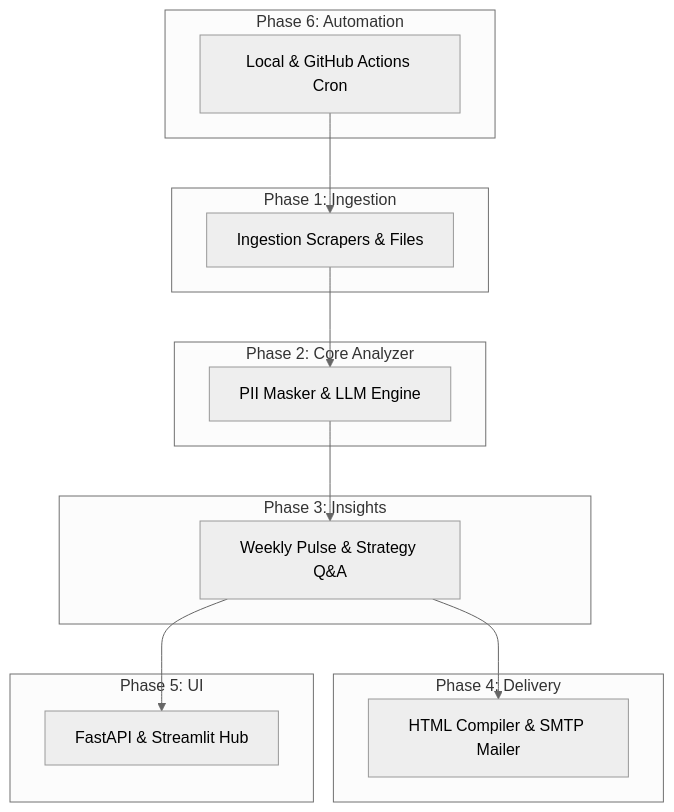
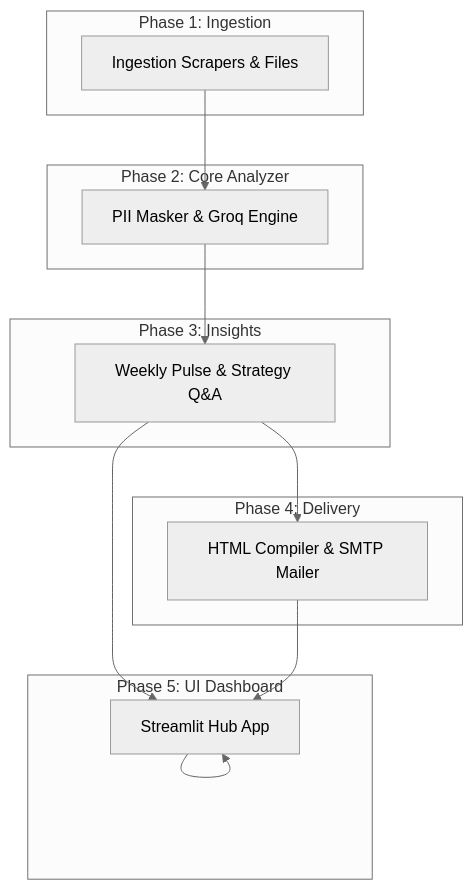
The diagram in README.md (codeflex123/ownly_review_analyzer), drawn with Mermaid (neutral theme) before and after one commit. The commit also changed other lines of this file and 1 other file, not shown here.

Commit message:
docs: remove phase 6 and update architecture/readme to 5-phase design with groq

````diff
--- a/README.md
+++ b/README.md
@@ -22,25 +23,21 @@
 ```mermaid
 graph TD
     subgraph Phase 1: Ingestion
         A[Ingestion Scrapers & Files]
     end
     subgraph Phase 2: Core Analyzer
-        B[PII Masker & LLM Engine]
+        B[PII Masker & Groq Engine]
     end
     subgraph Phase 3: Insights
         C[Weekly Pulse & Strategy Q&A]
     end
     subgraph Phase 4: Delivery
         D[HTML Compiler & SMTP Mailer]
     end
-    subgraph Phase 5: UI
-        E[FastAPI & Streamlit Hub]
-    end
-    subgraph Phase 6: Automation
-        F[Local & GitHub Actions Cron]
+    subgraph Phase 5: UI Dashboard
+        E[Streamlit Hub App]
     end
 
     A --> B --> C --> D
-    C --> E
-    F --> A
+    C & D & E --> E
 ```
````
